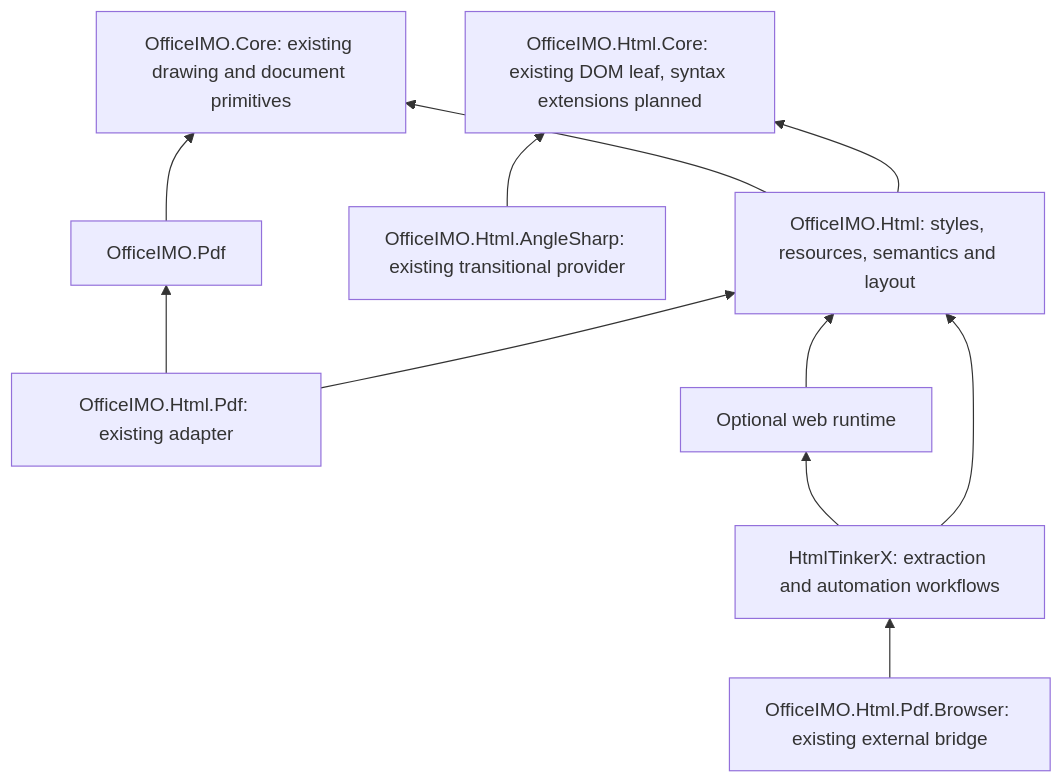
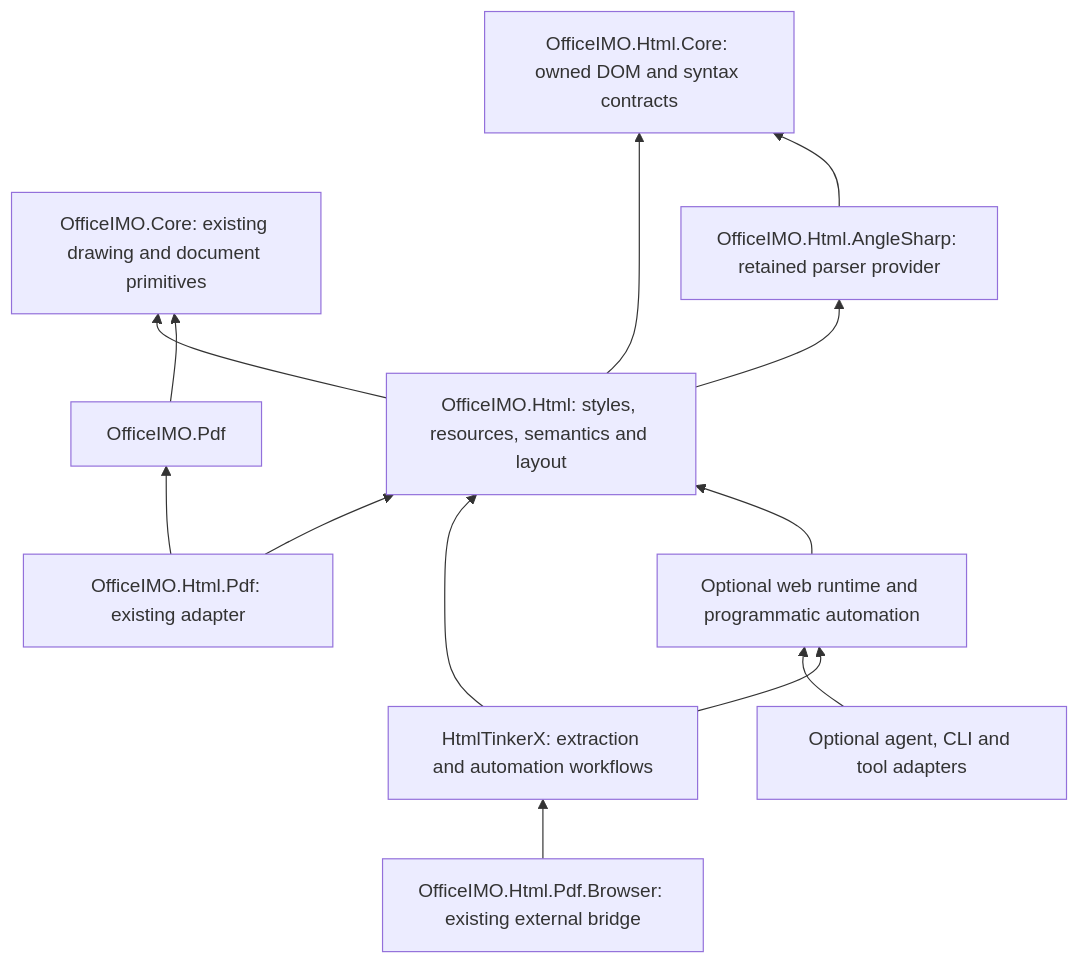
One commit to EvotecIT/OfficeIMO changed the first of 2 diagrams in Docs/officeimo.html-engine-design.md. Above: the diagram before and after it, drawn with Mermaid. The commit also changed other lines of this file and 857 other files, not shown here.

````diff
--- a/Docs/officeimo.html-engine-design.md
+++ b/Docs/officeimo.html-engine-design.md
@@ -50,15 +85,17 @@
 ```mermaid
 flowchart BT
-    HC[OfficeIMO.Html.Core: existing DOM leaf, syntax extensions planned]
+    HC[OfficeIMO.Html.Core: owned DOM and syntax contracts]
     OC[OfficeIMO.Core: existing drawing and document primitives]
     H[OfficeIMO.Html: styles, resources, semantics and layout] --> HC
     H --> OC
-    A[OfficeIMO.Html.AngleSharp: existing transitional provider] --> HC
+    A[OfficeIMO.Html.AngleSharp: retained parser provider] --> HC
+    H --> A
     P[OfficeIMO.Html.Pdf: existing adapter] --> H
     P --> PDF[OfficeIMO.Pdf]
     PDF --> OC
     T[HtmlTinkerX: extraction and automation workflows] --> H
-    R[Optional web runtime] --> H
+    R[Optional web runtime and programmatic automation] --> H
+    G[Optional agent, CLI and tool adapters] --> R
     T --> R
     B[OfficeIMO.Html.Pdf.Browser: existing external bridge] --> T
 ```
````
